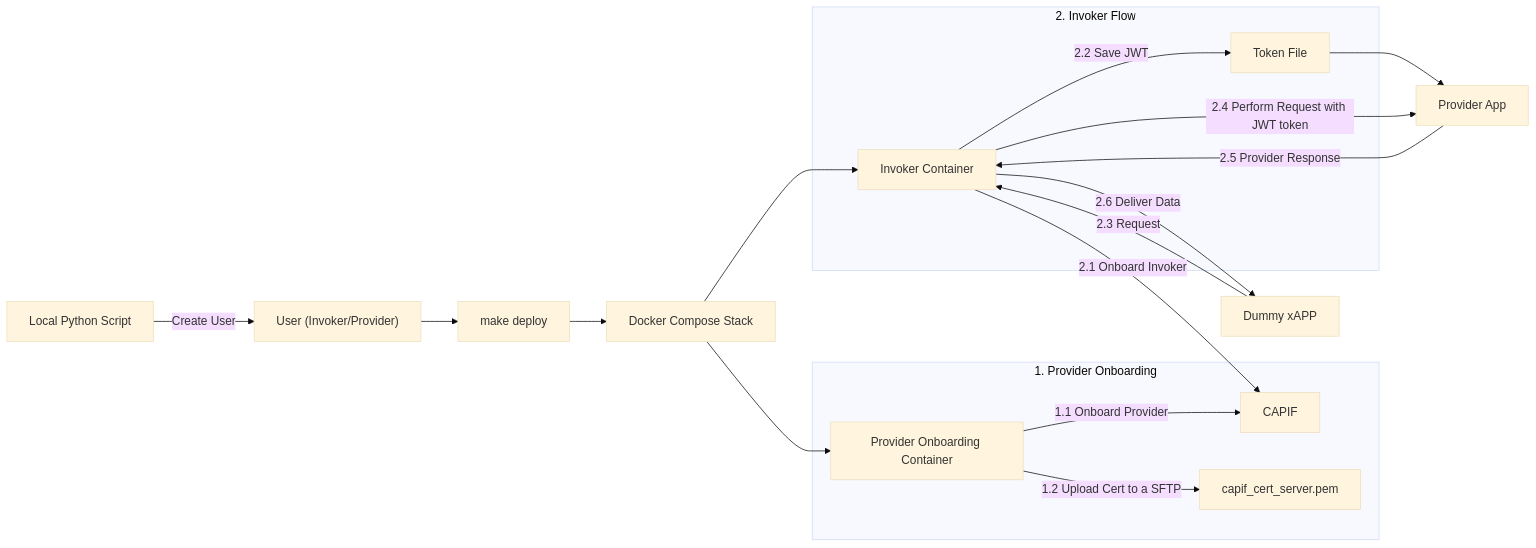
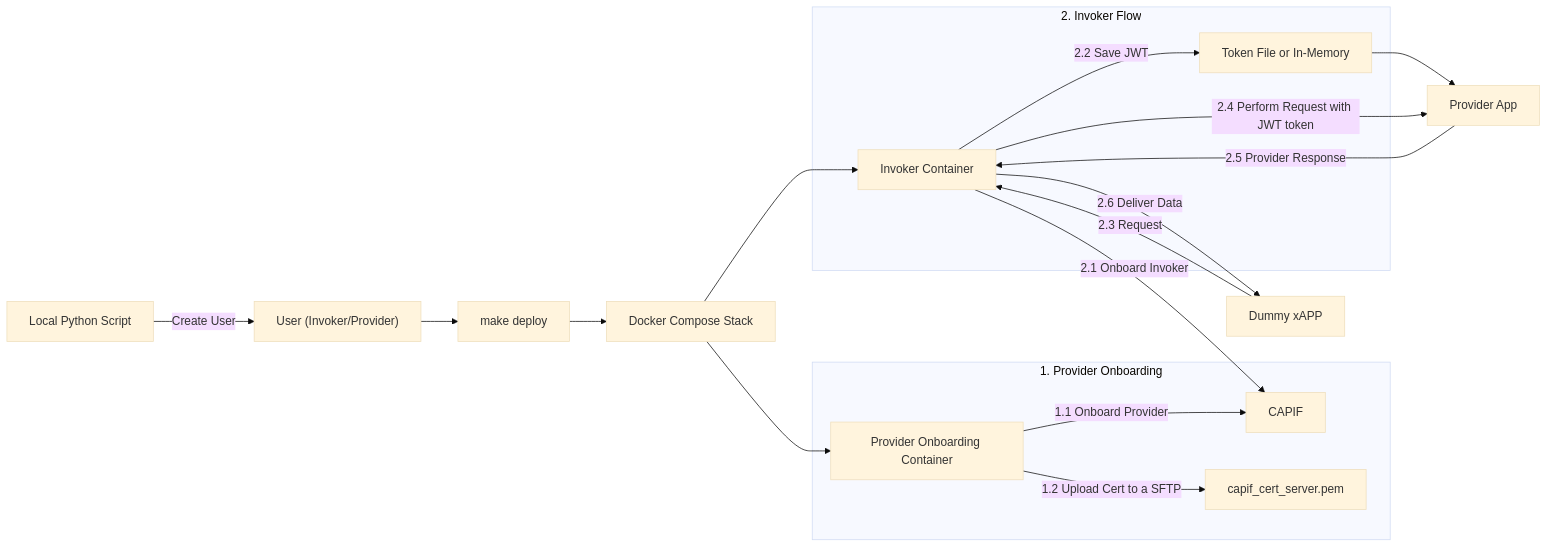
One commit to FRONT-research-group/ocf-net-app-integration changed the second of 2 diagrams in README.md. Above: the diagram before and after it, drawn with Mermaid (base theme).

````diff
--- a/README.md
+++ b/README.md
@@ -162,35 +162,35 @@
 ```mermaid
 flowchart LR
     %% User creation
     A[Local Python Script] -->|Create User| B["User (Invoker/Provider)"]
     B --> C[make deploy]
 
     %% Deployment stack
     C --> D[Docker Compose Stack]
 
     %% Provider onboarding
     subgraph Onboarding [1. Provider Onboarding]
         E[Provider Onboarding Container] -->|1.1 Onboard Provider| F[CAPIF]
         E -->|1.2 Upload Cert to a SFTP| G[capif_cert_server.pem]
     end
 
     %% Independent Provider App
     J[Provider App]
 
     %% Invoker onboarding
     subgraph Invoker [2. Invoker Flow]
         H[Invoker Container] -->|2.1 Onboard Invoker| F
-        H -->|2.2 Save JWT| I[Token File]     
+        H -->|2.2 Save JWT| I[Token File or In-Memory]     
     end
 
     I --> J
 
     D --> E
     D --> H
 
     %% xApp interaction
     K[Dummy xAPP] -->|2.3 Request| H
     H -->|2.4 Perform Request with JWT token| J
     J -->|2.5 Provider Response| H
     H -->|2.6 Deliver Data| K
 ```
````
